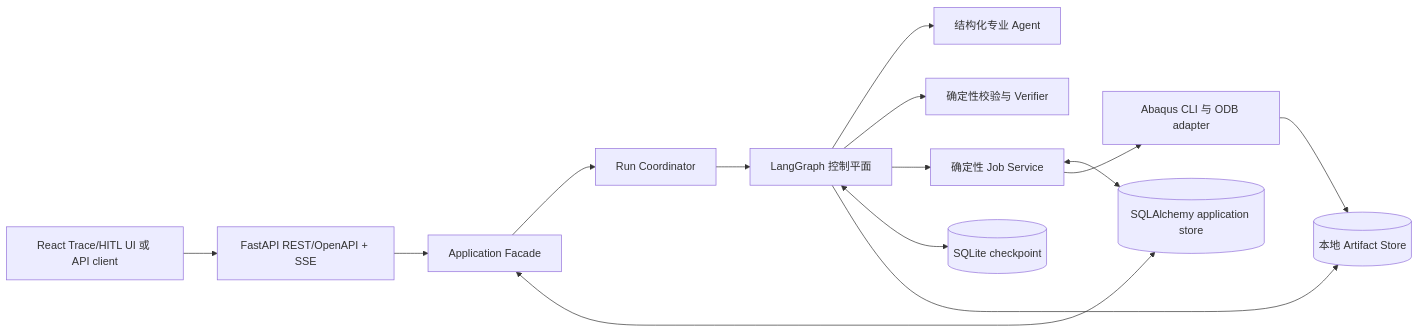
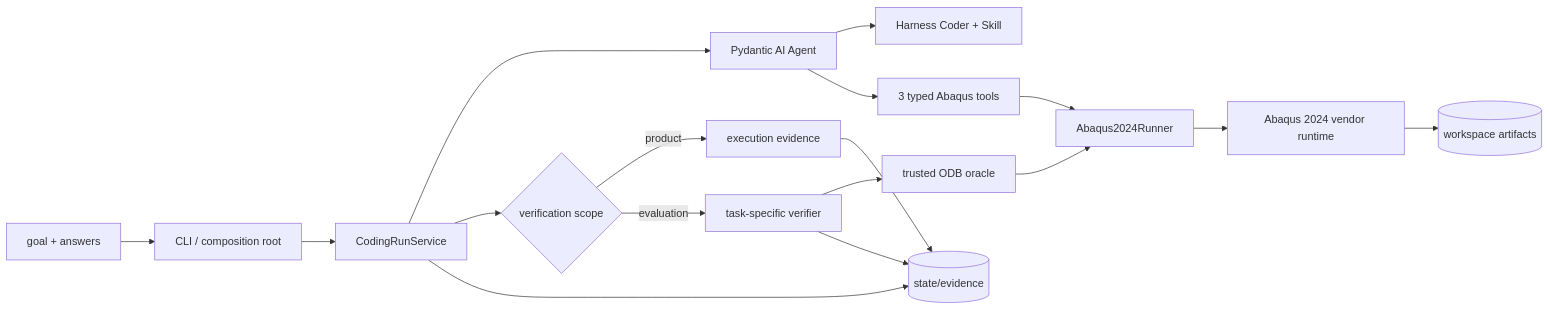
Before and after one commit to Misty02600/abaqus-sim-agent: the diagram in docs/architecture/technology-stack.md, drawn with Mermaid. The commit also changed other lines of this file and 933 other files, not shown here.

````diff
--- a/docs/architecture/technology-stack.md
+++ b/docs/architecture/technology-stack.md
@@ -42,16 +55,19 @@
 ```mermaid
 flowchart LR
-    U["React Trace/HITL UI 或 API client"] --> F["FastAPI REST/OpenAPI + SSE"]
-    F --> APL["Application Facade"]
-    APL --> RC["Run Coordinator"]
-    RC --> G["LangGraph 控制平面"]
-    G --> A["结构化专业 Agent"]
-    G --> V["确定性校验与 Verifier"]
-    G --> J["确定性 Job Service"]
-    G <--> C[("SQLite checkpoint")]
-    APL <--> L[("SQLAlchemy application store")]
-    J <--> L
-    G --> S[("本地 Artifact Store")]
-    J --> Q["Abaqus CLI 与 ODB adapter"]
-    Q --> S
+    Goal["goal + answers"] --> CLI["CLI / composition root"]
+    CLI --> Service["CodingRunService"]
+    Service --> Agent["Pydantic AI Agent"]
+    Agent --> Harness["Harness Coder + Skill"]
+    Agent --> Tools["3 typed Abaqus tools"]
+    Tools --> Runner["Abaqus2024Runner"]
+    Runner --> A2024["Abaqus 2024 vendor runtime"]
+    A2024 --> W[("workspace artifacts")]
+    Service --> Scope{"verification scope"}
+    Scope -- "product" --> Exec["execution evidence"]
+    Scope -- "evaluation" --> Verify["task-specific verifier"]
+    Verify --> Oracle["trusted ODB oracle"]
+    Oracle --> Runner
+    Service --> E[("state/evidence")]
+    Exec --> E
+    Verify --> E
 ```
````
